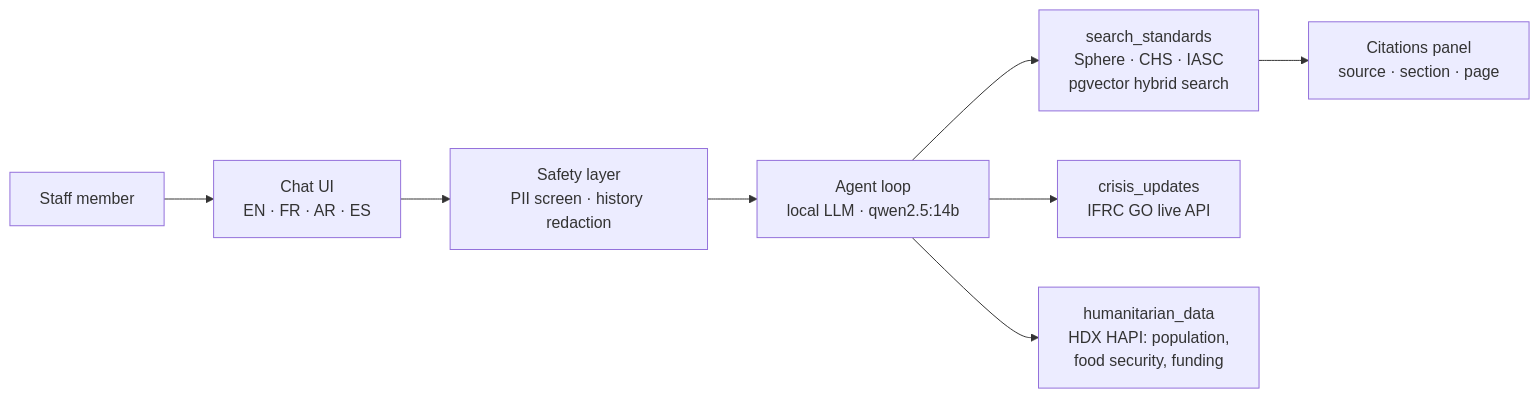
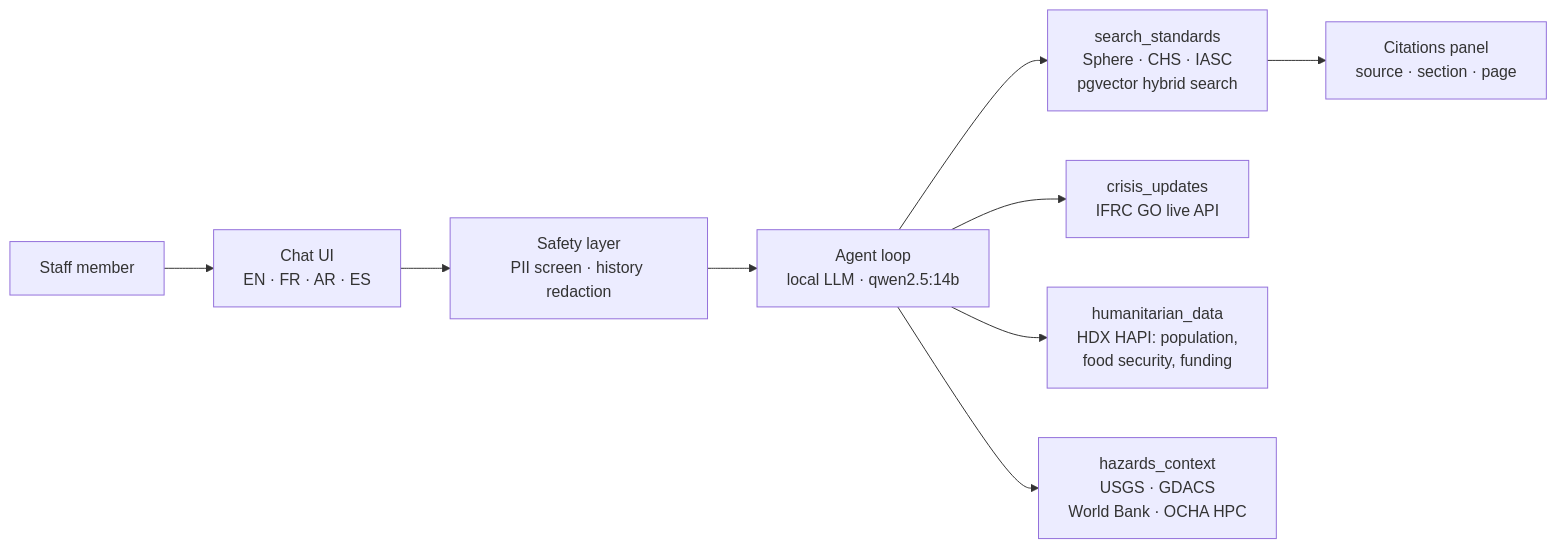
Before and after one commit to samfrons/HAI: the diagram in docs/STRATEGY.md, drawn with Mermaid.

Commit message:
Add the fourth tool to the STRATEGY diagram too
Same omission 5c9f454 fixed in the two READMEs: hazards_context has shipped
since 1299462 but the architecture diagram here still showed three tools.

Claude-Session: https://claude.ai/code/session_01HCrPUhxWVtRBsYSSc7sBHU

````diff
--- a/docs/STRATEGY.md
+++ b/docs/STRATEGY.md
@@ -32,10 +32,11 @@
 ```mermaid
 flowchart LR
     U[Staff member] --> UI[Chat UI<br/>EN · FR · AR · ES]
     UI --> S[Safety layer<br/>PII screen · history redaction]
     S --> A[Agent loop<br/>local LLM · qwen2.5:14b]
     A --> T1[search_standards<br/>Sphere · CHS · IASC<br/>pgvector hybrid search]
     A --> T2[crisis_updates<br/>IFRC GO live API]
     A --> T3[humanitarian_data<br/>HDX HAPI: population,<br/>food security, funding]
+    A --> T4[hazards_context<br/>USGS · GDACS<br/>World Bank · OCHA HPC]
     T1 --> C[Citations panel<br/>source · section · page]
 ```
````
